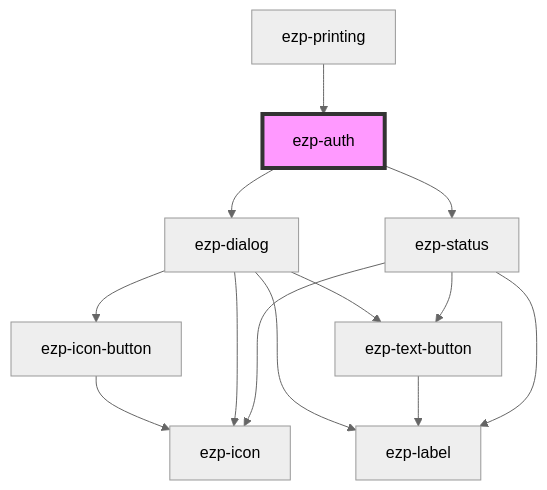
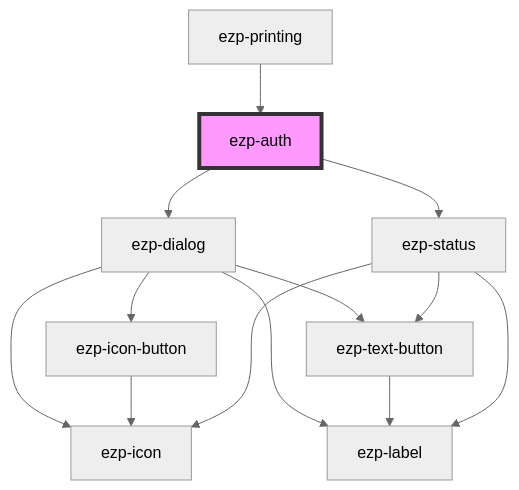
The diagram in src/components/ezp-auth/readme.md (ezeep/ezeep-js), drawn with Mermaid (neutral theme) before and after one commit. The commit also changed other lines of this file and 3 other files, not shown here.

````diff
--- a/src/components/ezp-auth/readme.md
+++ b/src/components/ezp-auth/readme.md
@@ -39,16 +39,16 @@
 ```mermaid
 graph TD;
+  ezp-auth --> ezp-dialog
   ezp-auth --> ezp-status
-  ezp-auth --> ezp-dialog
-  ezp-status --> ezp-icon
-  ezp-status --> ezp-label
-  ezp-status --> ezp-text-button
-  ezp-text-button --> ezp-label
   ezp-dialog --> ezp-icon-button
   ezp-dialog --> ezp-icon
   ezp-dialog --> ezp-label
   ezp-dialog --> ezp-text-button
   ezp-icon-button --> ezp-icon
+  ezp-text-button --> ezp-label
+  ezp-status --> ezp-icon
+  ezp-status --> ezp-label
+  ezp-status --> ezp-text-button
   ezp-printing --> ezp-auth
   style ezp-auth fill:#f9f,stroke:#333,stroke-width:4px
 ```
````
